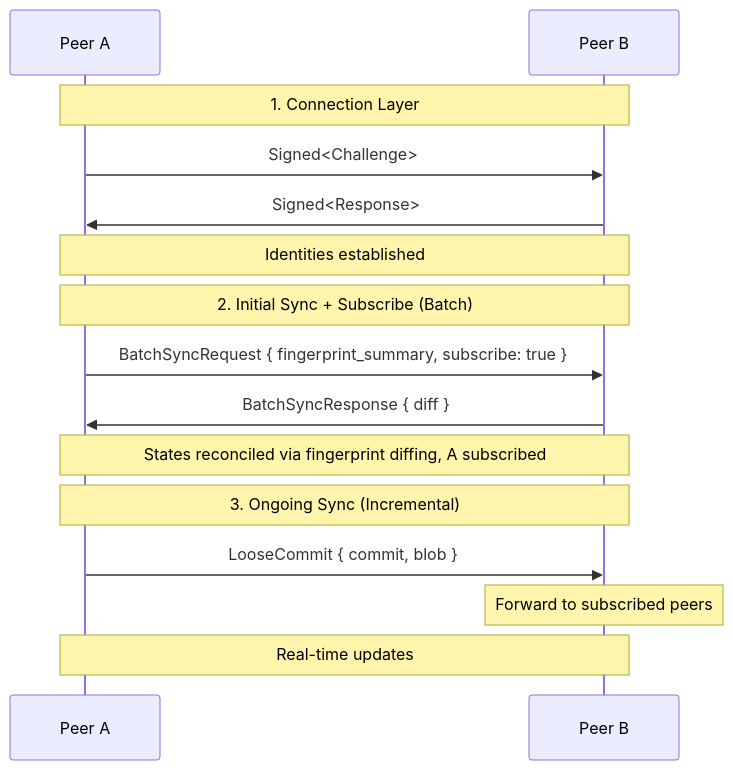
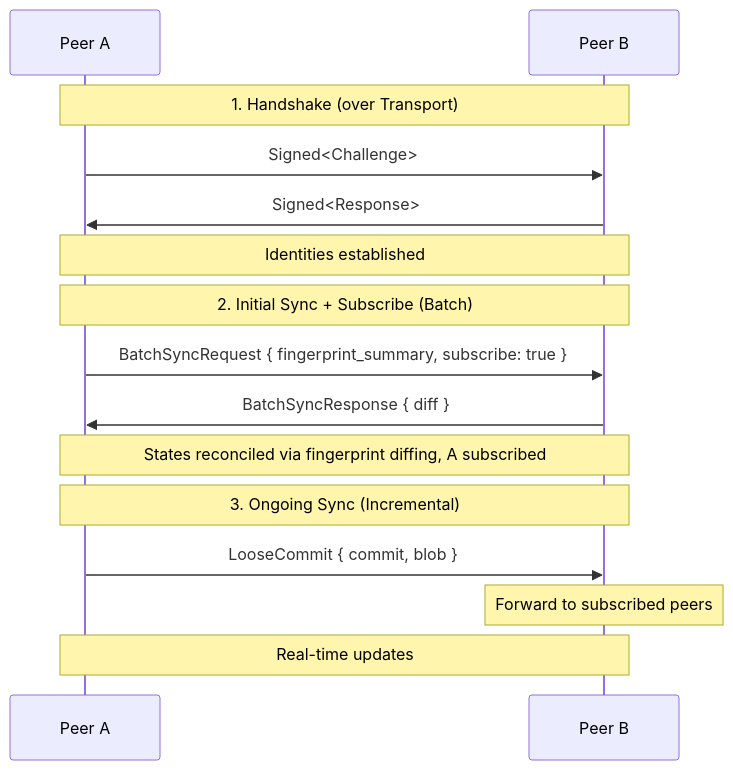
One commit to inkandswitch/subduction changed the second of 2 diagrams in design/README.md. Above: the diagram before and after it, drawn with Mermaid. The commit also changed other lines of this file and 104 other files, not shown here.

````diff
--- a/design/README.md
+++ b/design/README.md
@@ -29,20 +45,20 @@
 ```mermaid
 sequenceDiagram
     participant A as Peer A
     participant B as Peer B
 
-    Note over A,B: 1. Connection Layer
+    Note over A,B: 1. Handshake (over Transport)
     A->>B: Signed<Challenge>
     B->>A: Signed<Response>
     Note over A,B: Identities established
 
     Note over A,B: 2. Initial Sync + Subscribe (Batch)
     A->>B: BatchSyncRequest { fingerprint_summary, subscribe: true }
     B->>A: BatchSyncResponse { diff }
     Note over A,B: States reconciled via fingerprint diffing, A subscribed
 
     Note over A,B: 3. Ongoing Sync (Incremental)
     A->>B: LooseCommit { commit, blob }
     Note over B: Forward to subscribed peers
     Note over A,B: Real-time updates
 ```
````
